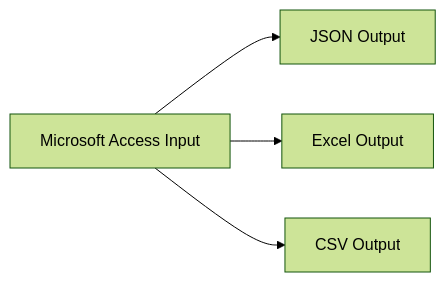
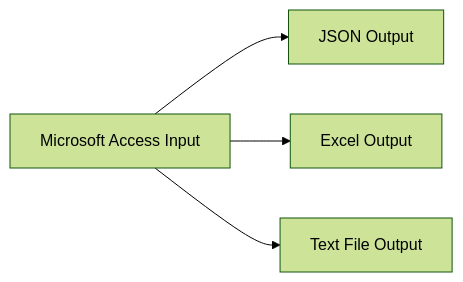
Before and after one commit to danielli-arcari/pentaho-data-preparation-leega: the third of 6 diagrams in README.md, drawn with Mermaid (forest theme). The commit also changed other lines of this file, not shown here.

````diff
--- a/README.md
+++ b/README.md
@@ -58,6 +89,6 @@
 ```mermaid
 flowchart LR
     A[Microsoft Access Input] --> B[JSON Output]
     A --> C[Excel Output]
-    A --> D[CSV Output]
+    A --> D[Text File Output]
 ```
````
